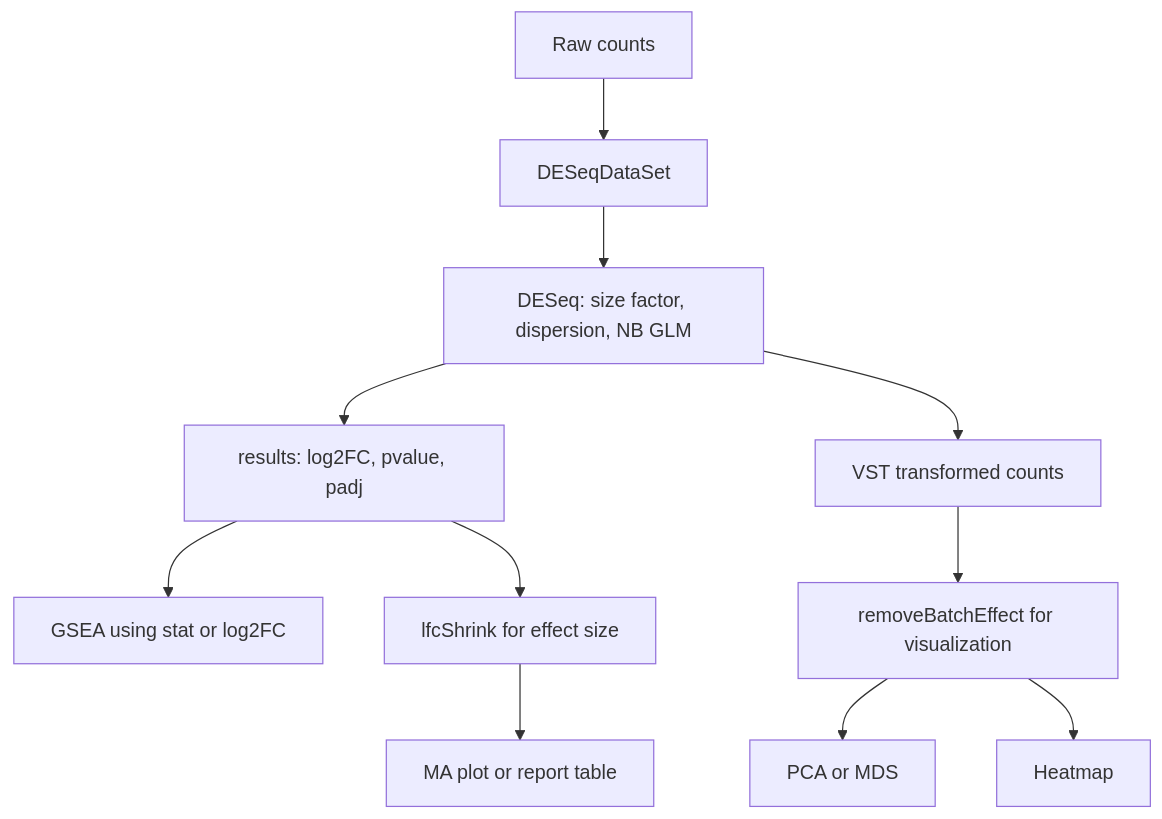
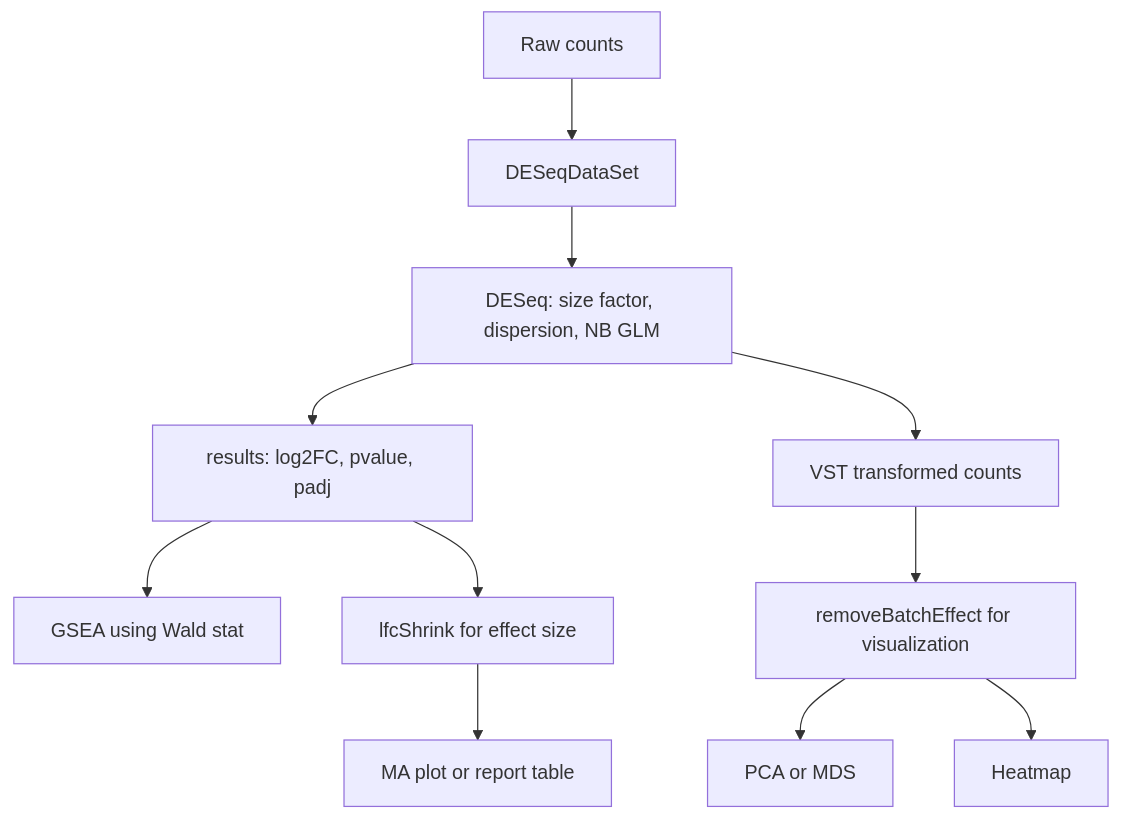
The diagram in website/workflow/rna-seq-deseq2-workflow/rna-seq-deseq2-workflow.qmd (benson1231/tools), drawn with Mermaid before and after one commit.

````diff
--- a/website/workflow/rna-seq-deseq2-workflow/rna-seq-deseq2-workflow.qmd
+++ b/website/workflow/rna-seq-deseq2-workflow/rna-seq-deseq2-workflow.qmd
@@ -1118,16 +1118,16 @@
 ```{mermaid}
 flowchart TD
     A[Raw counts] --> B[DESeqDataSet]
     B --> C[DESeq: size factor, dispersion, NB GLM]
     C --> D[results: log2FC, pvalue, padj]
 
-    D --> E[GSEA using stat or log2FC]
+    D --> E[GSEA using Wald stat]
 
     C --> F[VST transformed counts]
     F --> G[removeBatchEffect for visualization]
     G --> H[PCA or MDS]
     G --> I[Heatmap]
 
     D --> J[lfcShrink for effect size]
     J --> K[MA plot or report table]
 ```
````
